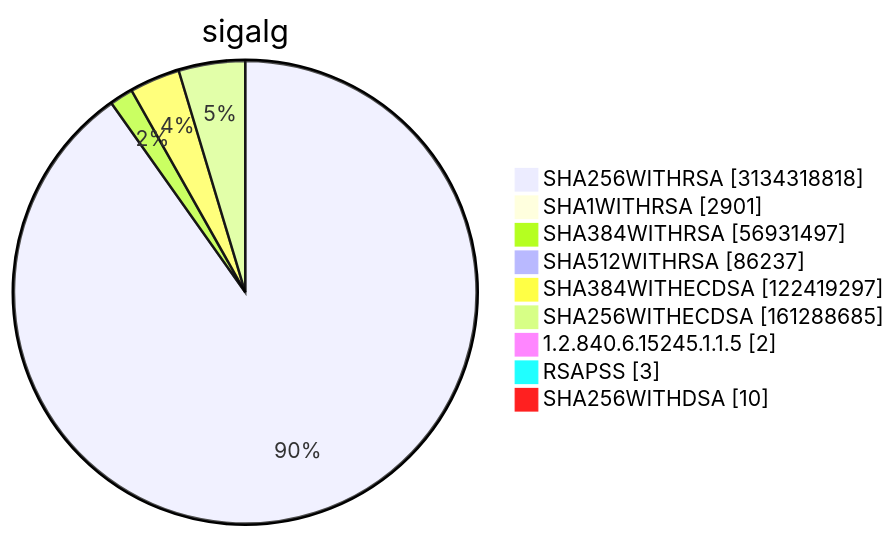
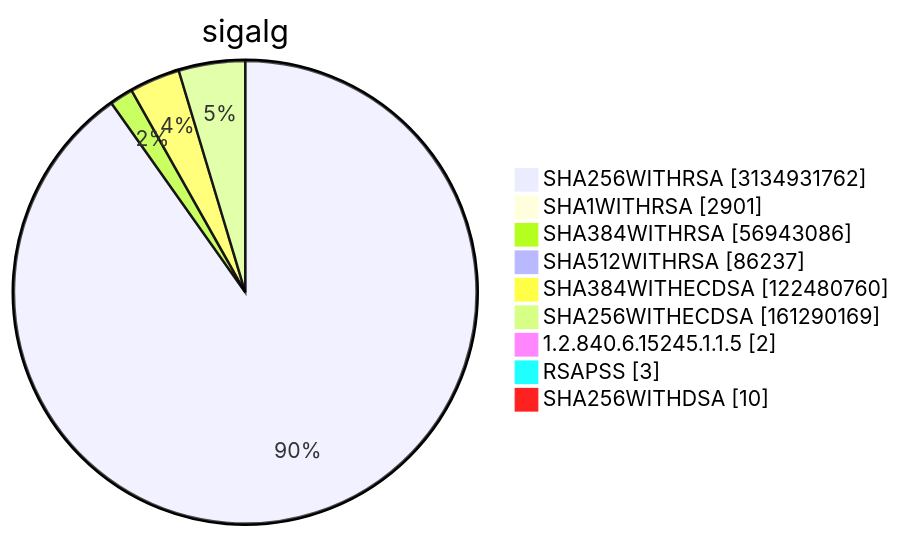
Diagram 15 of 15 in TOTAL/README.md (christiankrug/ctmonitor_visualization), drawn with Mermaid before and after one commit. The commit also changed other lines of this file, not shown here.

````diff
--- a/TOTAL/README.md
+++ b/TOTAL/README.md
@@ -6212,13 +6212,13 @@
 ```mermaid
 pie showData
 title sigalg
-"SHA256WITHRSA" :3134318818
+"SHA256WITHRSA" :3134931762
 "SHA1WITHRSA" :2901
-"SHA384WITHRSA" :56931497
+"SHA384WITHRSA" :56943086
 "SHA512WITHRSA" :86237
-"SHA384WITHECDSA" :122419297
-"SHA256WITHECDSA" :161288685
+"SHA384WITHECDSA" :122480760
+"SHA256WITHECDSA" :161290169
 "1.2.840.6.15245.1.1.5" :2
 "RSAPSS" :3
 "SHA256WITHDSA" :10
 ```
````
